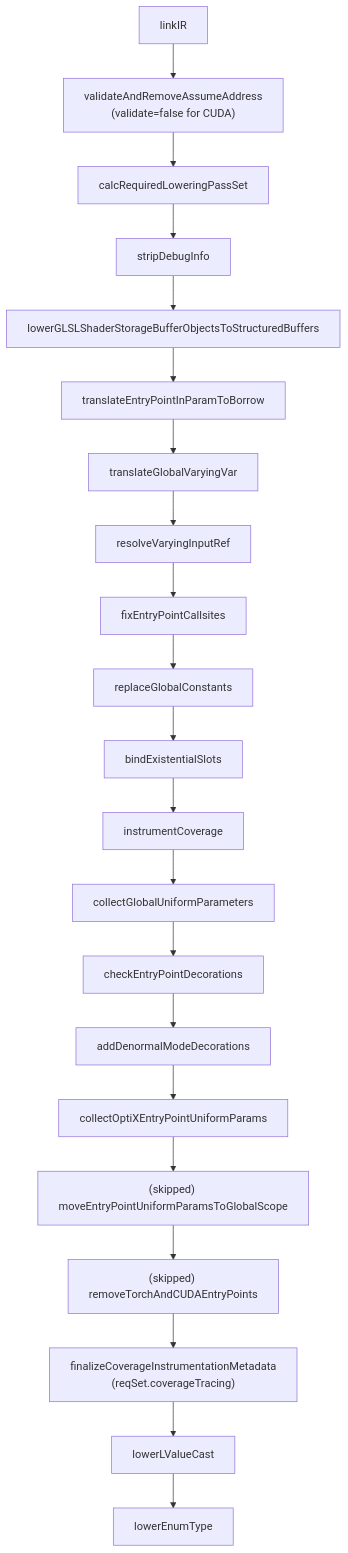
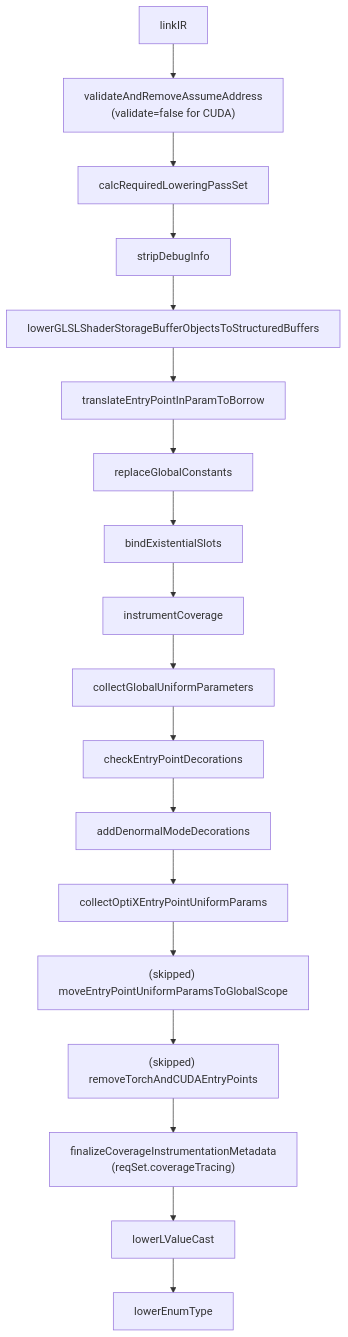
One commit to shader-slang/slang changed the second of 5 diagrams in docs/generated/design/target-pipelines/cuda.md. Above: the diagram before and after it, drawn with Mermaid. The commit also changed other lines of this file and 138 other files, not shown here.

````diff
--- a/docs/generated/design/target-pipelines/cuda.md
+++ b/docs/generated/design/target-pipelines/cuda.md
@@ -100,26 +105,23 @@
 ```mermaid
 flowchart TD
   linkIRn[linkIR]
   vaaaCuda["validateAndRemoveAssumeAddress<br/>(validate=false for CUDA)"]
   reqSet1[calcRequiredLoweringPassSet]
   stripDI[stripDebugInfo]
   ssbo[lowerGLSLShaderStorageBufferObjectsToStructuredBuffers]
   tEPInBorrow[translateEntryPointInParamToBorrow]
-  tGVV[translateGlobalVaryingVar]
-  rvir[resolveVaryingInputRef]
-  fEPC[fixEntryPointCallsites]
   rGC[replaceGlobalConstants]
   bES[bindExistentialSlots]
   iC[instrumentCoverage]
   cGUP[collectGlobalUniformParameters]
   cEPD[checkEntryPointDecorations]
   aDMD[addDenormalModeDecorations]
   cOEPUP[collectOptiXEntryPointUniformParams]
   skip_mEPUP["(skipped) moveEntryPointUniformParamsToGlobalScope"]
   skip_rTCEP["(skipped) removeTorchAndCUDAEntryPoints"]
   fCIM["finalizeCoverageInstrumentationMetadata<br/>(reqSet.coverageTracing)"]
   lLVC[lowerLValueCast]
   lET[lowerEnumType]
 
-  linkIRn --> vaaaCuda --> reqSet1 --> stripDI --> ssbo --> tEPInBorrow --> tGVV --> rvir --> fEPC --> rGC --> bES --> iC --> cGUP --> cEPD --> aDMD --> cOEPUP --> skip_mEPUP --> skip_rTCEP --> fCIM --> lLVC --> lET
+  linkIRn --> vaaaCuda --> reqSet1 --> stripDI --> ssbo --> tEPInBorrow --> rGC --> bES --> iC --> cGUP --> cEPD --> aDMD --> cOEPUP --> skip_mEPUP --> skip_rTCEP --> fCIM --> lLVC --> lET
 ```
````
